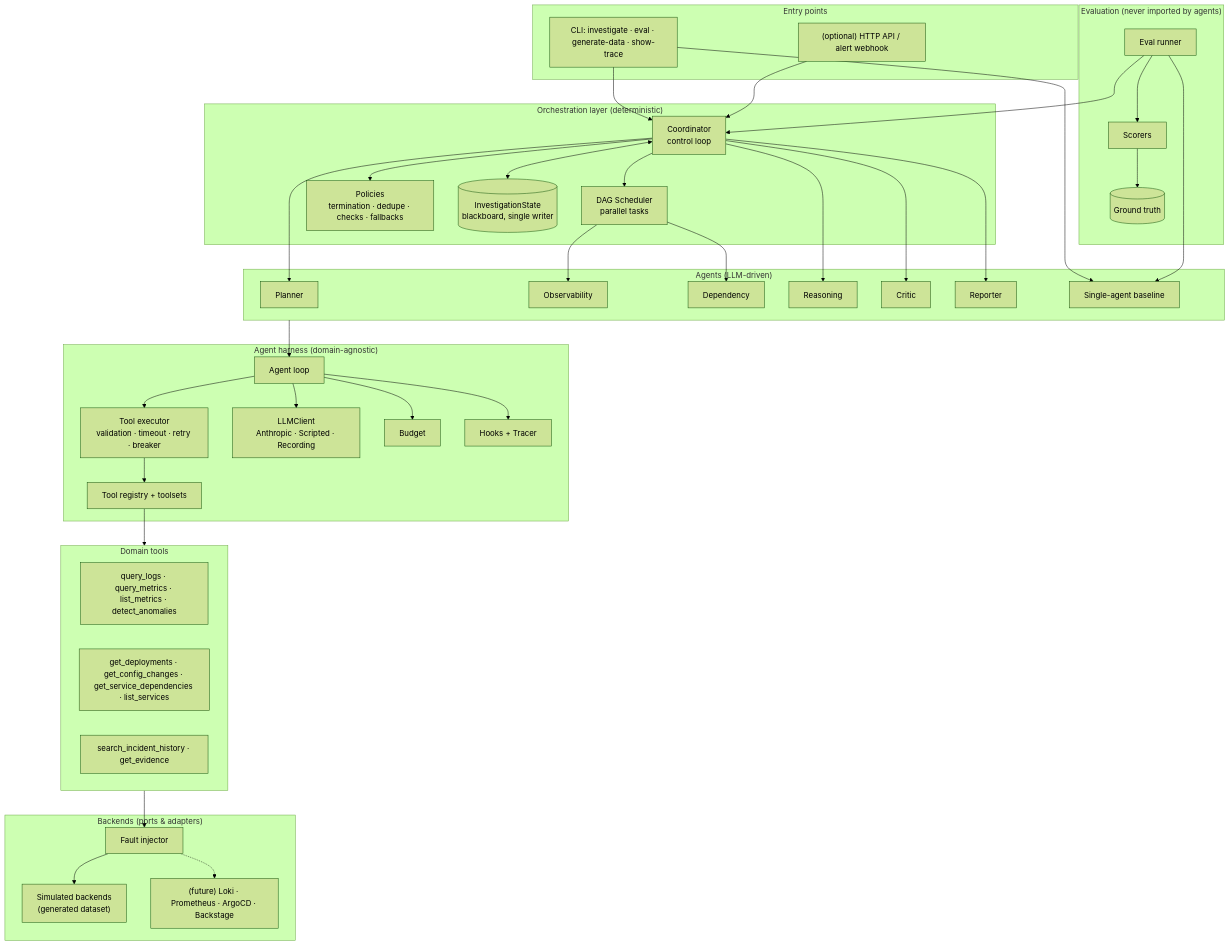
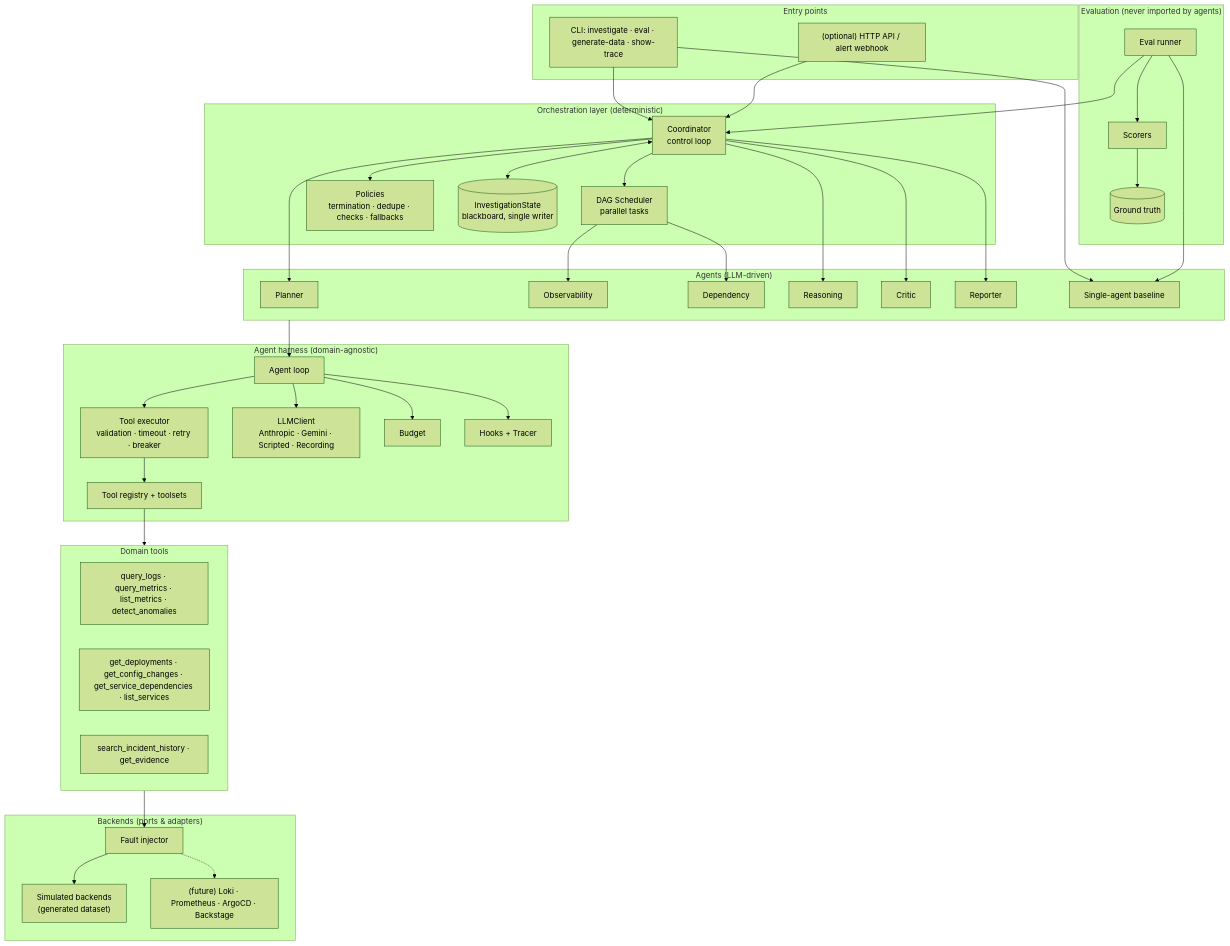
One commit to Vedang-Agarwal02/log-analyzing-harness changed the third of 5 diagrams in docs/design/01-strategy-and-architecture.md. Above: the diagram before and after it, drawn with Mermaid (forest theme). The commit also changed other lines of this file and 10 other files, not shown here.

````diff
--- a/docs/design/01-strategy-and-architecture.md
+++ b/docs/design/01-strategy-and-architecture.md
@@ -169,71 +169,71 @@
 ```mermaid
 flowchart TB
   subgraph Entry["Entry points"]
     CLI["CLI: investigate · eval · generate-data · show-trace"]
     APIX["(optional) HTTP API / alert webhook"]
   end
   subgraph Orch["Orchestration layer (deterministic)"]
     COORD["Coordinator<br/>control loop"]
     SCHED["DAG Scheduler<br/>parallel tasks"]
     POL["Policies<br/>termination · dedupe · checks · fallbacks"]
     STATE[("InvestigationState<br/>blackboard, single writer")]
   end
   subgraph Ag["Agents (LLM-driven)"]
     PLAN["Planner"]
     OBS["Observability"]
     DEP["Dependency"]
     REA["Reasoning"]
     CRI["Critic"]
     REP["Reporter"]
     SGL["Single-agent baseline"]
   end
   subgraph Har["Agent harness (domain-agnostic)"]
     LOOP["Agent loop"]
     EXE["Tool executor<br/>validation · timeout · retry · breaker"]
     REG["Tool registry + toolsets"]
-    LLMC["LLMClient<br/>Anthropic · Scripted · Recording"]
+    LLMC["LLMClient<br/>Anthropic · Gemini · Scripted · Recording"]
     BUD["Budget"]
     HK["Hooks + Tracer"]
   end
   subgraph Tl["Domain tools"]
     T1["query_logs · query_metrics · list_metrics · detect_anomalies"]
     T2["get_deployments · get_config_changes · get_service_dependencies · list_services"]
     T3["search_incident_history · get_evidence"]
   end
   subgraph Be["Backends (ports & adapters)"]
     SIM["Simulated backends<br/>(generated dataset)"]
     FI["Fault injector"]
     REAL["(future) Loki · Prometheus · ArgoCD · Backstage"]
   end
   subgraph Ev["Evaluation (never imported by agents)"]
     RUN["Eval runner"]
     SCO["Scorers"]
     GT[("Ground truth")]
   end
   CLI --> COORD
   CLI --> SGL
   APIX --> COORD
   COORD --> SCHED
   COORD --> POL
   COORD <--> STATE
   COORD --> PLAN
   COORD --> REA
   COORD --> CRI
   COORD --> REP
   SCHED --> OBS
   SCHED --> DEP
   Ag --> LOOP
   LOOP --> LLMC
   LOOP --> EXE
   LOOP --> BUD
   LOOP --> HK
   EXE --> REG
   REG --> Tl
   Tl --> FI
   FI --> SIM
   FI -.-> REAL
   RUN --> COORD
   RUN --> SGL
   RUN --> SCO
   SCO --> GT
 ```
````
